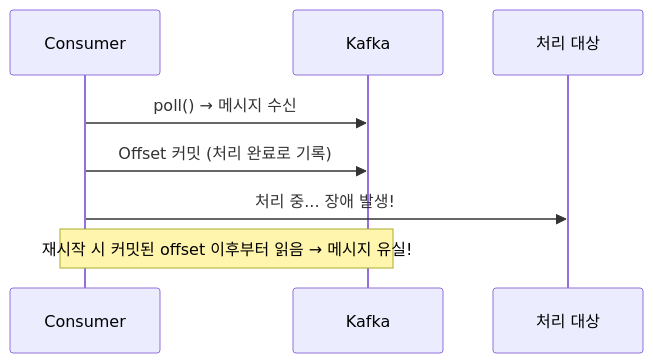
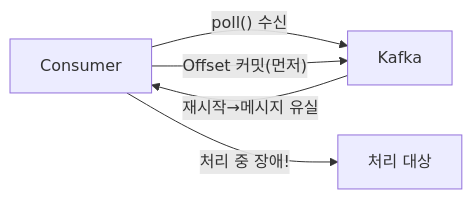
Diagram 11 of 21 in _posts/kafka/2026-05-01-kafka-internals.md (yjkim2015/yjkim2015.github.io), drawn with Mermaid before and after one commit. The commit also changed other lines of this file and 32 other files, not shown here.

First line of the commit message:
sequenceDiagram 82개 → graph LR 변환 완료

````diff
--- a/_posts/kafka/2026-05-01-kafka-internals.md
+++ b/_posts/kafka/2026-05-01-kafka-internals.md
@@ -298,10 +294,7 @@
 ```mermaid
-sequenceDiagram
-    participant C as Consumer
-    participant K as Kafka
-    participant DB as 처리 대상
-    C->>K: poll() → 메시지 수신
-    C->>K: Offset 커밋 (처리 완료로 기록)
-    C->>DB: 처리 중... 장애 발생!
-    Note over C,K: 재시작 시 커밋된 offset 이후부터 읽음 → 메시지 유실!
+graph LR
+    C["Consumer"] -->|"poll() 수신"| K["Kafka"]
+    C -->|"Offset 커밋(먼저)"| K
+    C -->|"처리 중 장애!"| DB["처리 대상"]
+    K -->|"재시작→메시지 유실"| C
 ```
````
